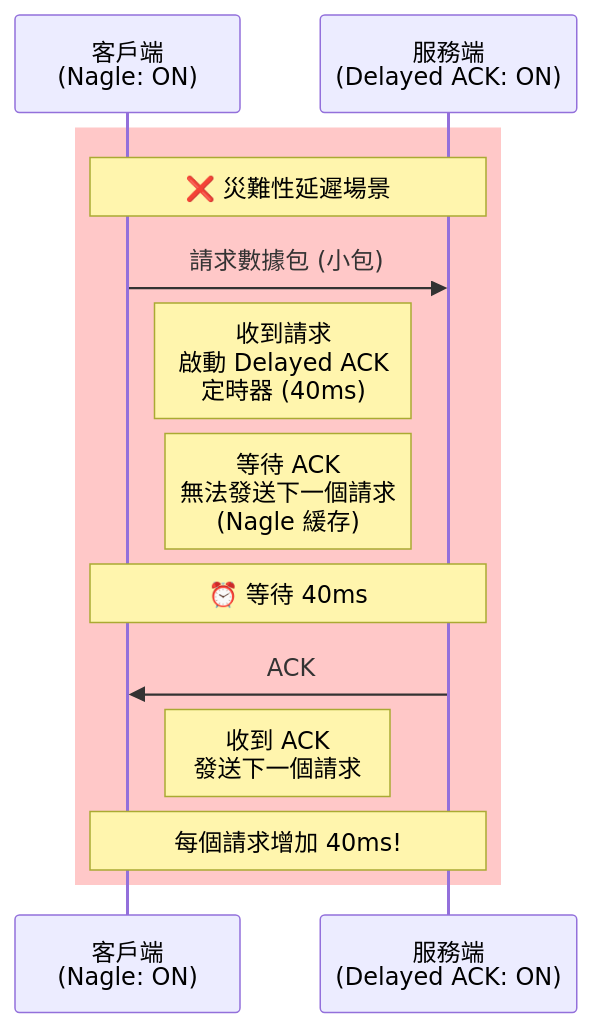
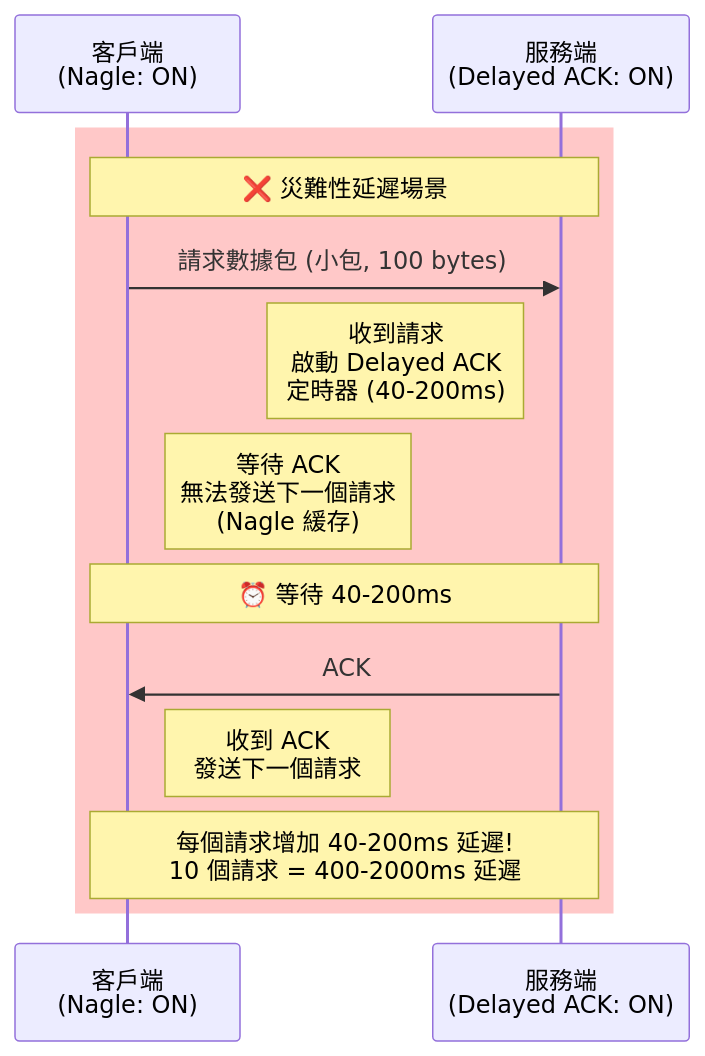
One commit to LiamStanDev/programming-notes changed the tenth of 11 diagrams in 1. Programing/08-interview/1-計算機網路問題.md. Above: the diagram before and after it, drawn with Mermaid. The commit also changed other lines of this file and 4 other files, not shown here.

````diff
--- a/1. Programing/08-interview/1-計算機網路問題.md
+++ b/1. Programing/08-interview/1-計算機網路問題.md
@@ -833,21 +1526,21 @@
 ```mermaid
 sequenceDiagram
     participant C as 客戶端<br/>(Nagle: ON)
     participant S as 服務端<br/>(Delayed ACK: ON)
     
     rect rgb(255, 200, 200)
         Note over C,S: ❌ 災難性延遲場景
         
-        C->>S: 請求數據包 (小包)
-        Note left of S: 收到請求<br/>啟動 Delayed ACK<br/>定時器 (40ms)
+        C->>S: 請求數據包 (小包, 100 bytes)
+        Note left of S: 收到請求<br/>啟動 Delayed ACK<br/>定時器 (40-200ms)
         
         Note right of C: 等待 ACK<br/>無法發送下一個請求<br/>(Nagle 緩存)
         
-        Note over C,S: ⏰ 等待 40ms
+        Note over C,S: ⏰ 等待 40-200ms
         
         S->>C: ACK
         Note right of C: 收到 ACK<br/>發送下一個請求
         
-        Note over C,S: 每個請求增加 40ms!
+        Note over C,S: 每個請求增加 40-200ms 延遲!<br/>10 個請求 = 400-2000ms 延遲
     end
 ```
````
